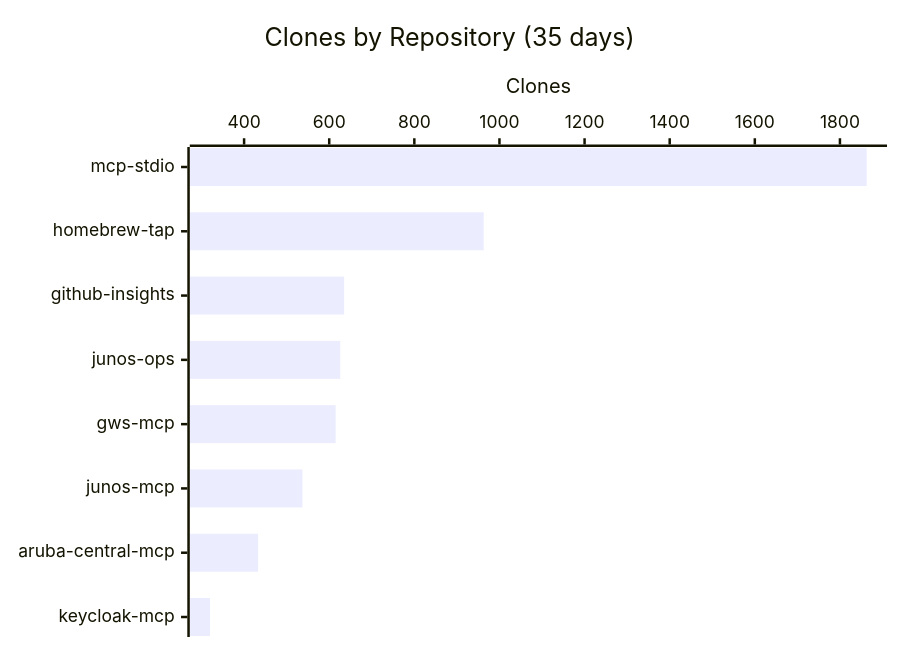
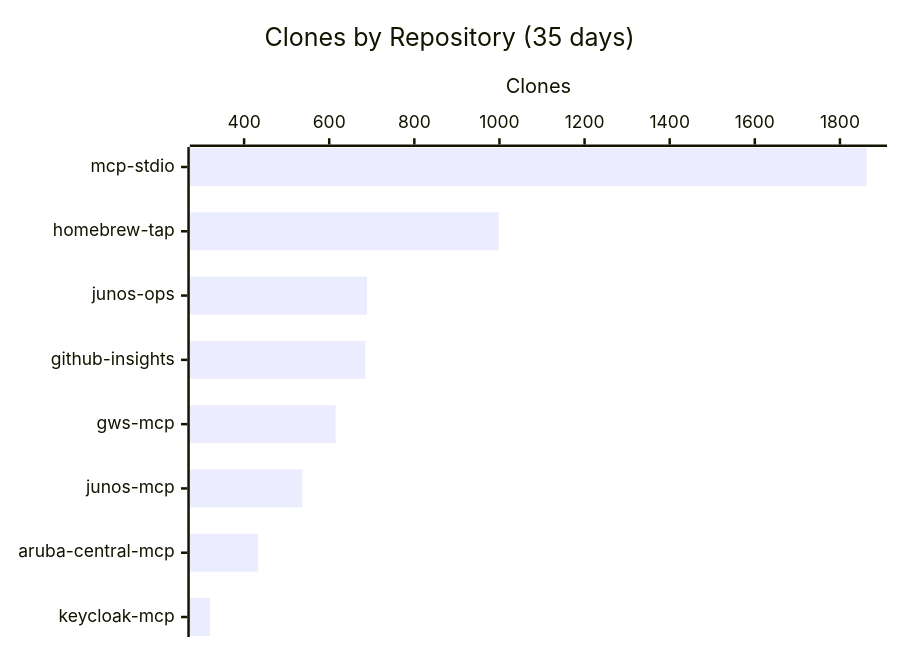
One commit to shigechika/github-insights changed the third of 3 diagrams in README.md. Above: the diagram before and after it, drawn with Mermaid. The commit also changed other lines of this file and 1 other file, not shown here.

````diff
--- a/README.md
+++ b/README.md
@@ -34,7 +34,7 @@
 ```mermaid
 xychart-beta horizontal
     title "Clones by Repository (35 days)"
-    x-axis ["mcp-stdio", "homebrew-tap", "github-insights", "junos-ops", "gws-mcp", "junos-mcp", "aruba-central-mcp", "keycloak-mcp"]
+    x-axis ["mcp-stdio", "homebrew-tap", "junos-ops", "github-insights", "gws-mcp", "junos-mcp", "aruba-central-mcp", "keycloak-mcp"]
     y-axis "Clones"
-    bar [1863, 963, 635, 626, 615, 537, 433, 320]
+    bar [1863, 998, 689, 685, 615, 537, 433, 320]
 ```
````
